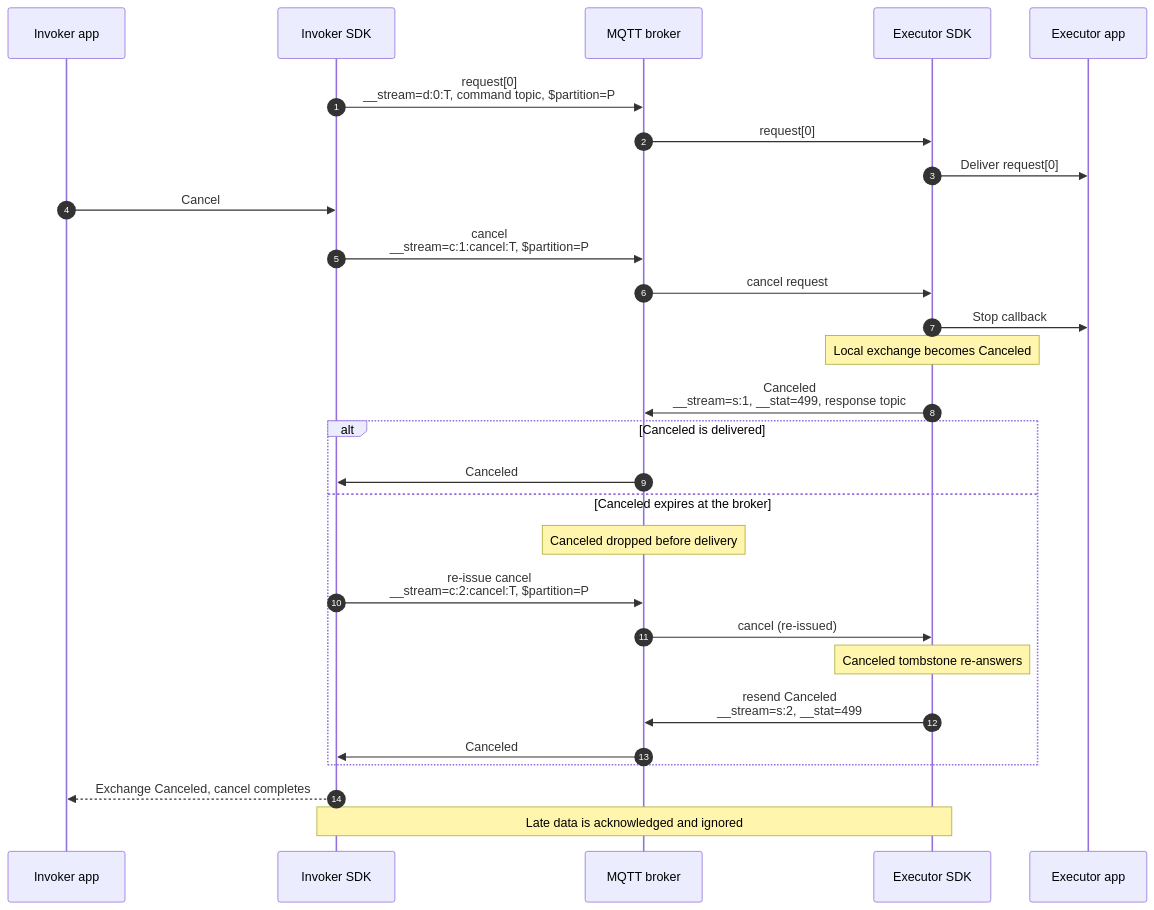
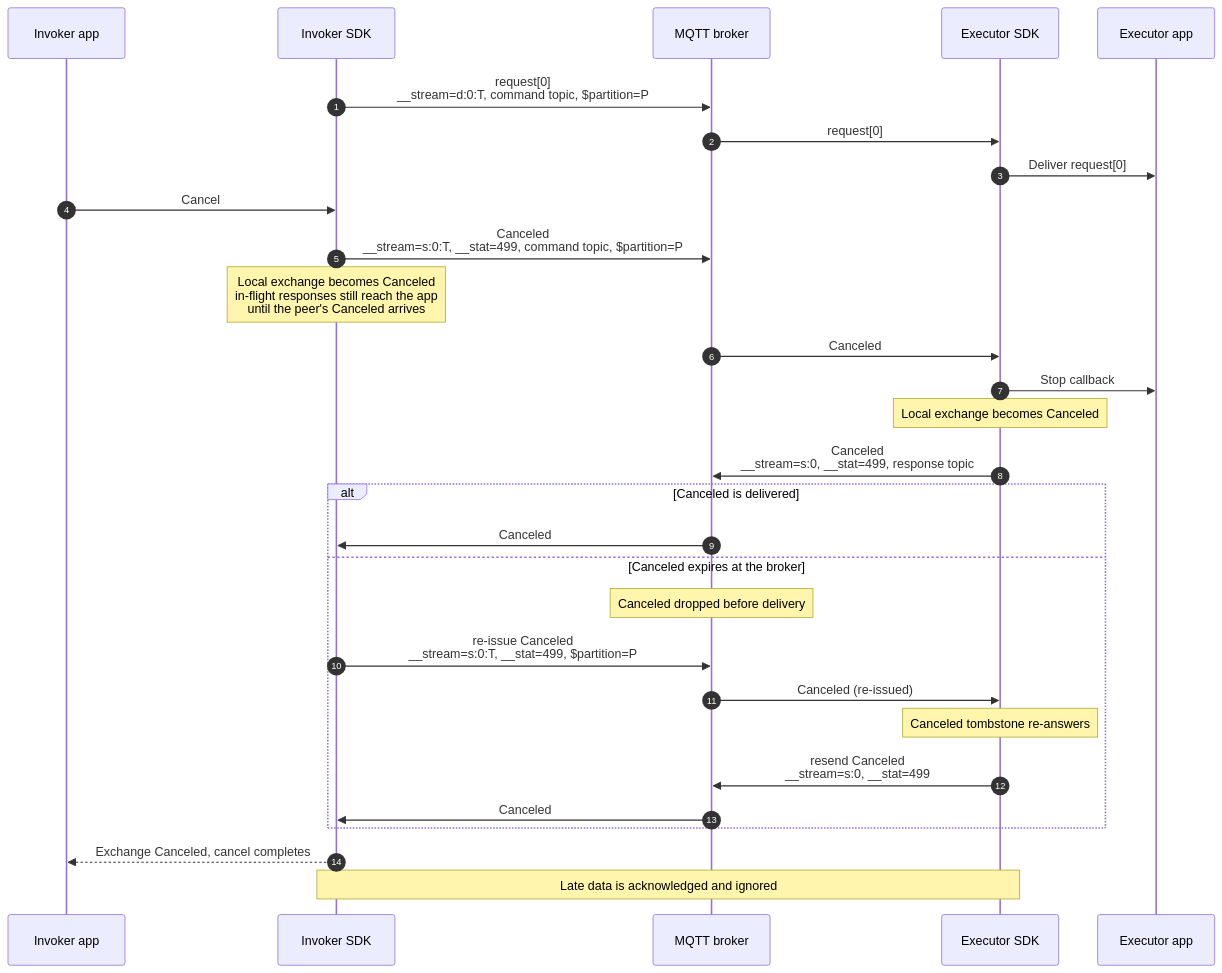
Before and after one commit to Azure/iot-operations-sdks: the fifth of 10 diagrams in doc/dev/adr/0025-rpc-streaming-lifecycle-diagrams.md, drawn with Mermaid. The commit also changed other lines of this file, not shown here.

Commit message:
fix: clarify cancellation message handling in RPC streaming lifecycle diagrams

````diff
--- a/doc/dev/adr/0025-rpc-streaming-lifecycle-diagrams.md
+++ b/doc/dev/adr/0025-rpc-streaming-lifecycle-diagrams.md
@@ -193,33 +197,34 @@
 ```mermaid
 sequenceDiagram
     autonumber
     participant IA as Invoker app
     participant IS as Invoker SDK
     participant B as MQTT broker
     participant ES as Executor SDK
     participant EA as Executor app
 
     IS->>B: request[0]<br/>__stream=d:0:T, command topic, $partition=P
     B->>ES: request[0]
     ES->>EA: Deliver request[0]
     IA->>IS: Cancel
-    IS->>B: cancel<br/>__stream=c:1:cancel:T, $partition=P
-    B->>ES: cancel request
+    IS->>B: Canceled<br/>__stream=s:0:T, __stat=499, command topic, $partition=P
+    Note over IS: Local exchange becomes Canceled<br/>in-flight responses still reach the app<br/>until the peer's Canceled arrives
+    B->>ES: Canceled
     ES->>EA: Stop callback
     Note over ES: Local exchange becomes Canceled
-    ES->>B: Canceled<br/>__stream=s:1, __stat=499, response topic
+    ES->>B: Canceled<br/>__stream=s:0, __stat=499, response topic
 
     alt Canceled is delivered
         B->>IS: Canceled
     else Canceled expires at the broker
         Note over B: Canceled dropped before delivery
-        IS->>B: re-issue cancel<br/>__stream=c:2:cancel:T, $partition=P
-        B->>ES: cancel (re-issued)
+        IS->>B: re-issue Canceled<br/>__stream=s:0:T, __stat=499, $partition=P
+        B->>ES: Canceled (re-issued)
         Note over ES: Canceled tombstone re-answers
-        ES->>B: resend Canceled<br/>__stream=s:2, __stat=499
+        ES->>B: resend Canceled<br/>__stream=s:0, __stat=499
         B->>IS: Canceled
     end
 
     IS-->>IA: Exchange Canceled, cancel completes
     Note over IS,ES: Late data is acknowledged and ignored
 ```
````
